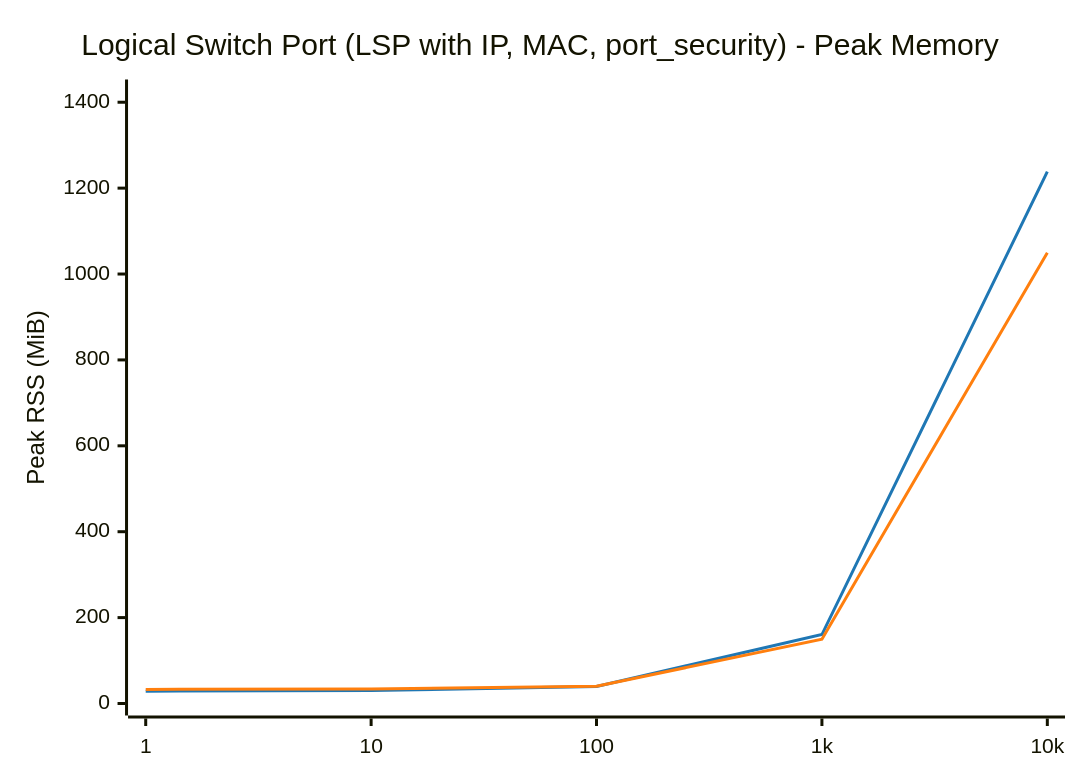
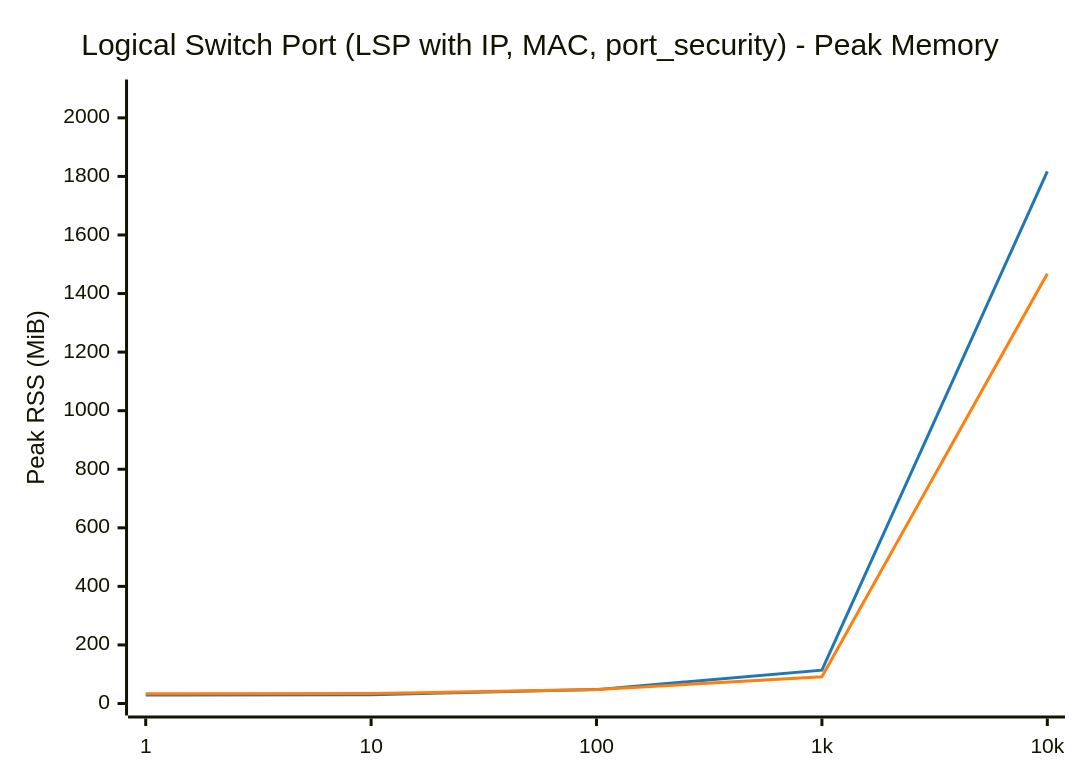
The second of 14 diagrams in results/BENCHMARK_REPORT.md (LionelJouin/ovs-ovn-bench), drawn with Mermaid before and after one commit. The commit also changed other lines of this file and 4 other files, not shown here.

````diff
--- a/results/BENCHMARK_REPORT.md
+++ b/results/BENCHMARK_REPORT.md
@@ -129,14 +129,14 @@
 ```mermaid
 ---
 config:
     themeVariables:
         xyChart:
             plotColorPalette: "#1f77b4, #ff7f0e"
 ---
 xychart-beta
     title "Logical Switch Port (LSP with IP, MAC, port_security) - Peak Memory"
     x-axis ["1", "10", "100", "1k", "10k"]
-    y-axis "Peak RSS (MiB)" 0 --> 1425
-    line "glibc malloc" [28.8, 30.2, 39.6, 160.5, 1238.3]
-    line "jemalloc" [32.8, 34.0, 40.1, 149.8, 1049.7]
+    y-axis "Peak RSS (MiB)" 0 --> 2090
+    line "glibc malloc" [29.2, 30.2, 47.4, 113.9, 1816.9]
+    line "jemalloc" [32.9, 34.1, 47.4, 91.6, 1467.9]
 ```
````
